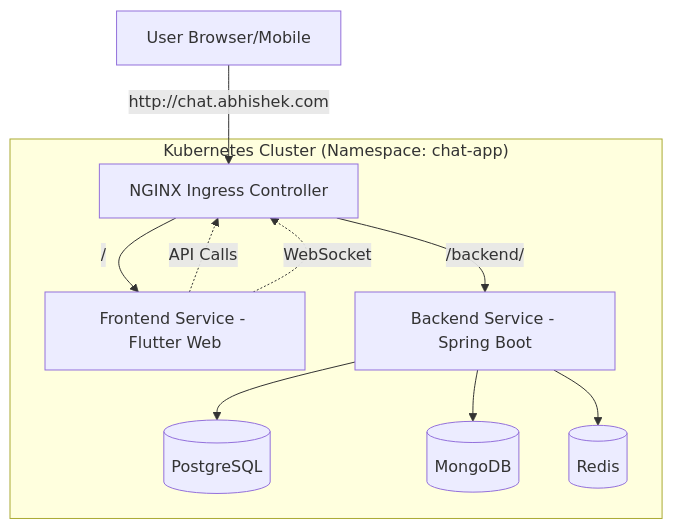
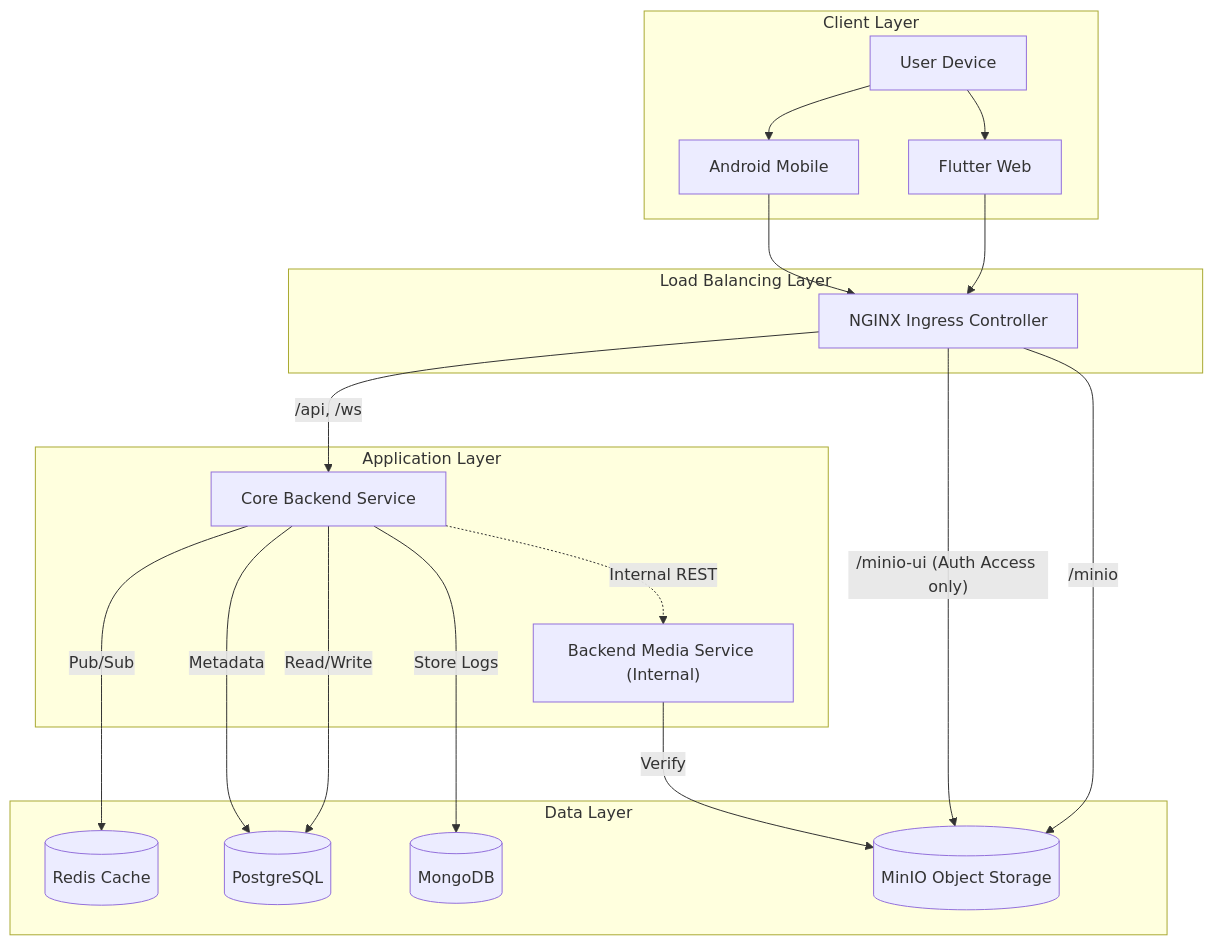
The first of 4 diagrams in README.md (abhishek-jain-1999/funnychat), drawn with Mermaid before and after one commit. The commit also changed other lines of this file, not shown here.

````diff
--- a/README.md
+++ b/README.md
@@ -21,16 +128,41 @@
 ```mermaid
 graph TD
-    User[User Browser/Mobile] -->|http://chat.abhishek.com| Ingress[NGINX Ingress Controller]
+    subgraph "Client Layer"
+        User[User Device]
+        Browser[Flutter Web]
+        Mobile[Android Mobile]
+    end
+
+    subgraph "Load Balancing Layer"
+        Ingress[NGINX Ingress Controller]
+    end
+
+    subgraph "Application Layer"
+        Backend[Core Backend Service]
+        Media["Backend Media Service (Internal)"]
+    end
+
+    subgraph "Data Layer"
+        Redis[(Redis Cache)]
+        Postgres[(PostgreSQL)]
+        Mongo[(MongoDB)]
+        MinIO[(MinIO Object Storage)]
+    end
+
+    User --> Browser
+    User --> Mobile
+    Browser --> Ingress
+    Mobile --> Ingress
+
+    Ingress -->|/api, /ws| Backend
+    Ingress -->|/minio| MinIO
+    Ingress -->|"/minio-ui (Auth Access only)"| MinIO
+
+    Backend -->|Store Logs| Mongo
+    Backend -->|Read/Write| Postgres
+    Backend -->|Pub/Sub| Redis
     
-    subgraph "Kubernetes Cluster (Namespace: chat-app)"
-        Ingress -->|/| Frontend[Frontend Service - Flutter Web]
-        Ingress -->|/backend/| Backend[Backend Service - Spring Boot]
-        
-        Frontend -.->|API Calls| Ingress
-        Frontend -.->|WebSocket| Ingress
-        
-        Backend --> Postgres[(PostgreSQL)]
-        Backend --> Mongo[(MongoDB)]
-        Backend --> Redis[(Redis)]
-    end
+    Backend -.->|Internal REST| Media
+    Backend -->|Metadata| Postgres
+    Media -->|Verify| MinIO
 ```
````
